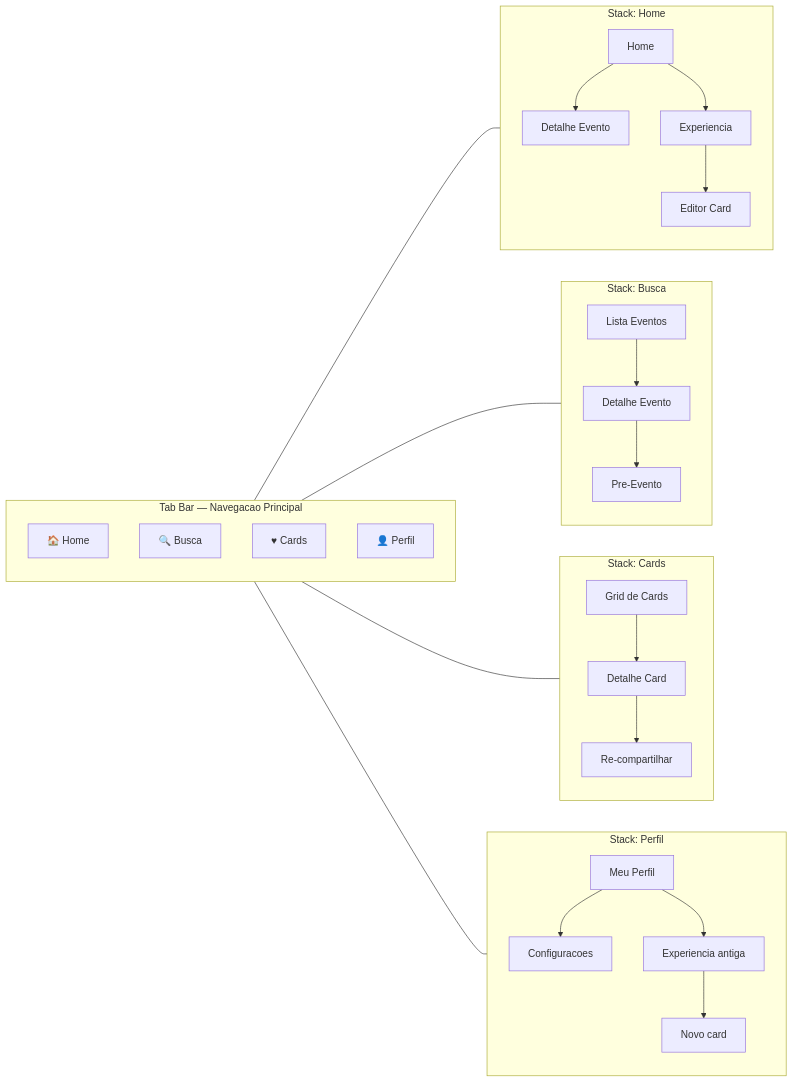
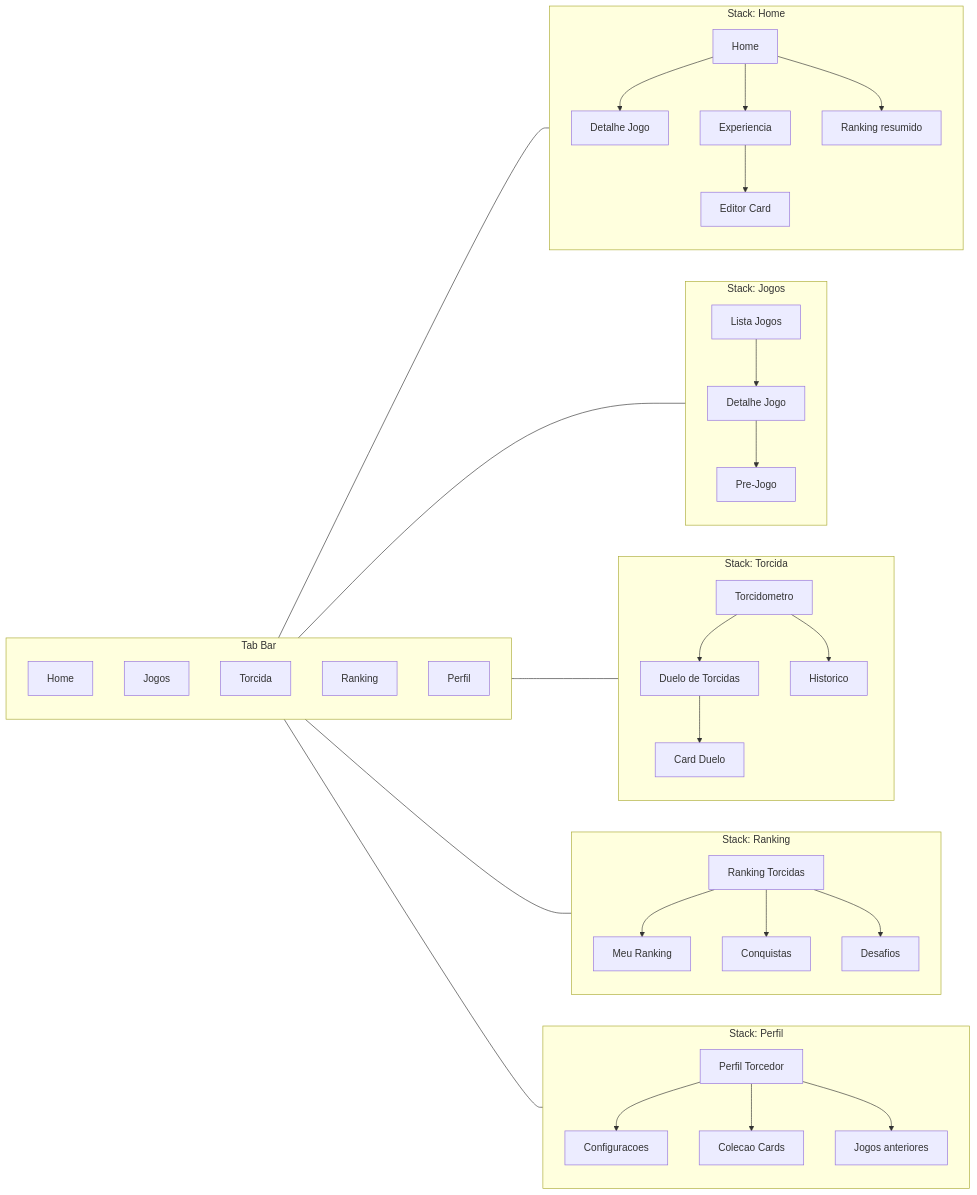
One commit to felipezanucci/tumtum changed the sixth of 9 diagrams in docs/ux/user-flow-diagram.md. Above: the diagram before and after it, drawn with Mermaid. The commit also changed other lines of this file and 2 other files, not shown here.

````diff
--- a/docs/ux/user-flow-diagram.md
+++ b/docs/ux/user-flow-diagram.md
@@ -286,41 +340,52 @@
 ```mermaid
 flowchart LR
-    subgraph TABS["Tab Bar — Navegacao Principal"]
+    subgraph TABS["Tab Bar"]
         direction TB
-        T1["🏠 Home"]
-        T2["🔍 Busca"]
-        T3["♥ Cards"]
-        T4["👤 Perfil"]
+        T1["Home"]
+        T2["Jogos"]
+        T3["Torcida"]
+        T4["Ranking"]
+        T5["Perfil"]
     end
 
     subgraph HOME_STACK["Stack: Home"]
         direction TB
-        H1[Home] --> H2[Detalhe Evento]
+        H1[Home] --> H2[Detalhe Jogo]
         H1 --> H3[Experiencia]
         H3 --> H4[Editor Card]
+        H1 --> H5[Ranking resumido]
     end
 
-    subgraph BUSCA_STACK["Stack: Busca"]
+    subgraph JOGOS_STACK["Stack: Jogos"]
         direction TB
-        B1[Lista Eventos] --> B2[Detalhe Evento]
-        B2 --> B3[Pre-Evento]
+        J1[Lista Jogos] --> J2[Detalhe Jogo]
+        J2 --> J3[Pre-Jogo]
     end
 
-    subgraph CARDS_STACK["Stack: Cards"]
+    subgraph TORCIDA_STACK["Stack: Torcida"]
         direction TB
-        C1[Grid de Cards] --> C2[Detalhe Card]
-        C2 --> C3[Re-compartilhar]
+        TO1[Torcidometro] --> TO2[Duelo de Torcidas]
+        TO1 --> TO3[Historico]
+        TO2 --> TO4[Card Duelo]
+    end
+
+    subgraph RANKING_STACK["Stack: Ranking"]
+        direction TB
+        R1[Ranking Torcidas] --> R2[Meu Ranking]
+        R1 --> R3[Conquistas]
+        R1 --> R4[Desafios]
     end
 
     subgraph PERFIL_STACK["Stack: Perfil"]
         direction TB
-        P1[Meu Perfil] --> P2[Configuracoes]
-        P1 --> P3[Experiencia antiga]
-        P3 --> P4[Novo card]
+        P1[Perfil Torcedor] --> P2[Configuracoes]
+        P1 --> P3[Colecao Cards]
+        P1 --> P4[Jogos anteriores]
     end
 
     T1 --- HOME_STACK
-    T2 --- BUSCA_STACK
-    T3 --- CARDS_STACK
-    T4 --- PERFIL_STACK
+    T2 --- JOGOS_STACK
+    T3 --- TORCIDA_STACK
+    T4 --- RANKING_STACK
+    T5 --- PERFIL_STACK
 ```
````
